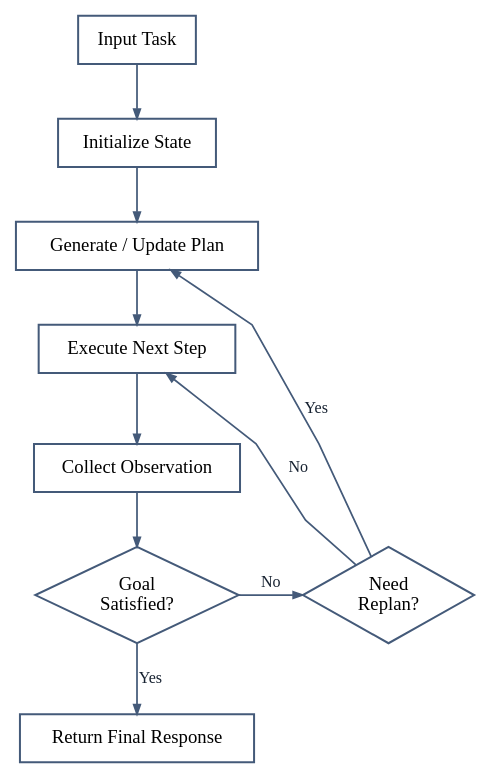
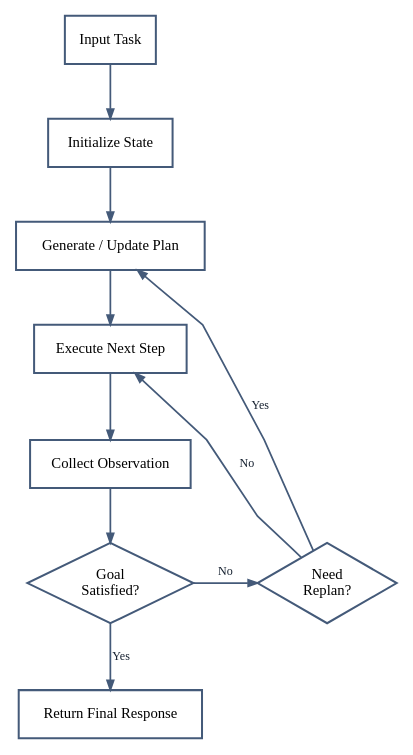
The diagram in assets/diagram_multistep_state.dot (quiznat/tot-hf-survey-artifacts), drawn with Graphviz before and after one commit. The commit also changed 15 other files, not shown here.

Commit message:
Phase1: normalize diagram typography to manuscript scale

```diff
--- a/assets/diagram_multistep_state.dot
+++ b/assets/diagram_multistep_state.dot
@@ -1,22 +1,22 @@
 digraph G {
   graph [bgcolor="#ffffff", pad="0.06", nodesep="0.34", ranksep="0.50", splines="polyline", fontname="Times-Roman", fontcolor="#162130", margin="0.02", rankdir="TB", ranksep="0.56", nodesep="0.34"];
-  node [shape="box", style="filled", fillcolor="#ffffff", color="#445a79", penwidth="1.5", fontname="Times-Roman", fontsize="14", margin="0.08,0.06"];
-  edge [color="#445a79", penwidth="1.3", arrowsize="0.70", fontname="Times-Roman", fontsize="12", fontcolor="#162130"];
+  node [shape="box", style="filled", fillcolor="#ffffff", color="#445a79", penwidth="1.5", fontname="Times-Roman", fontsize="11", margin="0.06,0.05"];
+  edge [color="#445a79", penwidth="1.3", arrowsize="0.70", fontname="Times-Roman", fontsize="9", fontcolor="#162130"];
 
   input [label="Input Task"];
   init [label="Initialize State"];
   plan [label="Generate / Update Plan"];
   step [label="Execute Next Step"];
   observe [label="Collect Observation"];
-  goal [shape="diamond", style="filled", fillcolor="#ffffff", color="#445a79", penwidth="1.5", fontname="Times-Roman", fontsize="14", margin="0.04,0.04", label="Goal\nSatisfied?"];
-  replan [shape="diamond", style="filled", fillcolor="#ffffff", color="#445a79", penwidth="1.5", fontname="Times-Roman", fontsize="14", margin="0.04,0.04", label="Need\nReplan?"];
+  goal [shape="diamond", style="filled", fillcolor="#ffffff", color="#445a79", penwidth="1.5", fontname="Times-Roman", fontsize="11", margin="0.04,0.04", label="Goal\nSatisfied?"];
+  replan [shape="diamond", style="filled", fillcolor="#ffffff", color="#445a79", penwidth="1.5", fontname="Times-Roman", fontsize="11", margin="0.04,0.04", label="Need\nReplan?"];
   out [label="Return Final Response"];
 
   input -> init -> plan -> step -> observe -> goal;
   goal -> out [label="Yes"];
   goal -> replan [label="No"];
   replan -> plan [label="Yes", constraint=false];
   replan -> step [label="No", constraint=false];
 
   { rank=same; goal; replan }
 }
```
